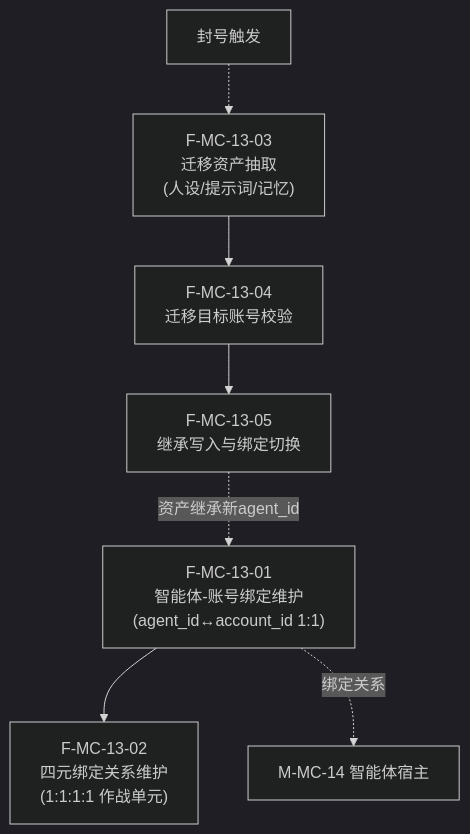
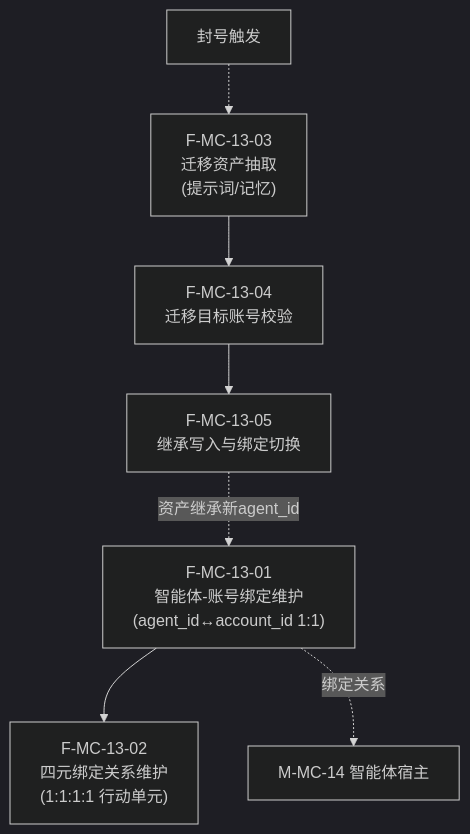
One commit to Sj-g/obsidian changed diagram 20 of 49 in 公司项目/认知作战/文档/软件概要设计-架构图.md. Above: the diagram before and after it, drawn with Mermaid (dark theme). The commit also changed other lines of this file and 9 other files, not shown here.

````diff
--- a/公司项目/认知作战/文档/软件概要设计-架构图.md
+++ b/公司项目/认知作战/文档/软件概要设计-架构图.md
@@ -400,14 +399,14 @@
 ```mermaid
 flowchart TB
     F1301["F-MC-13-01<br/>智能体-账号绑定维护<br/>(agent_id↔account_id 1:1)"]
-    F1302["F-MC-13-02<br/>四元绑定关系维护<br/>(1:1:1:1 作战单元)"]
-    F1303["F-MC-13-03<br/>迁移资产抽取<br/>(人设/提示词/记忆)"]
+    F1302["F-MC-13-02<br/>四元绑定关系维护<br/>(1:1:1:1 行动单元)"]
+    F1303["F-MC-13-03<br/>迁移资产抽取<br/>(提示词/记忆)"]
     F1304["F-MC-13-04<br/>迁移目标账号校验"]
     F1305["F-MC-13-05<br/>继承写入与绑定切换"]
 
     F1301 --> F1302
     EXT["封号触发"] -.-> F1303
     F1303 --> F1304 --> F1305
     F1305 -.->|"资产继承新agent_id"| F1301
     F1301 -.->|"绑定关系"| EXT2["M-MC-14 智能体宿主"]
 ```
````
